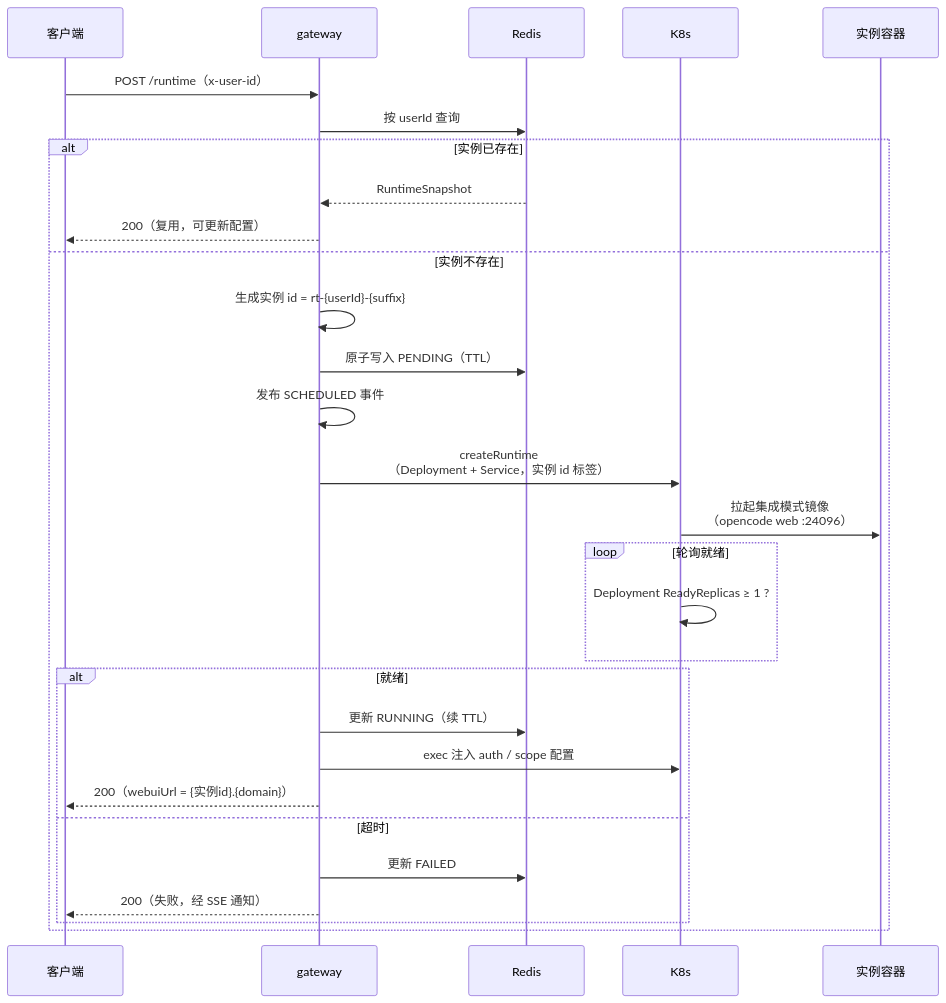
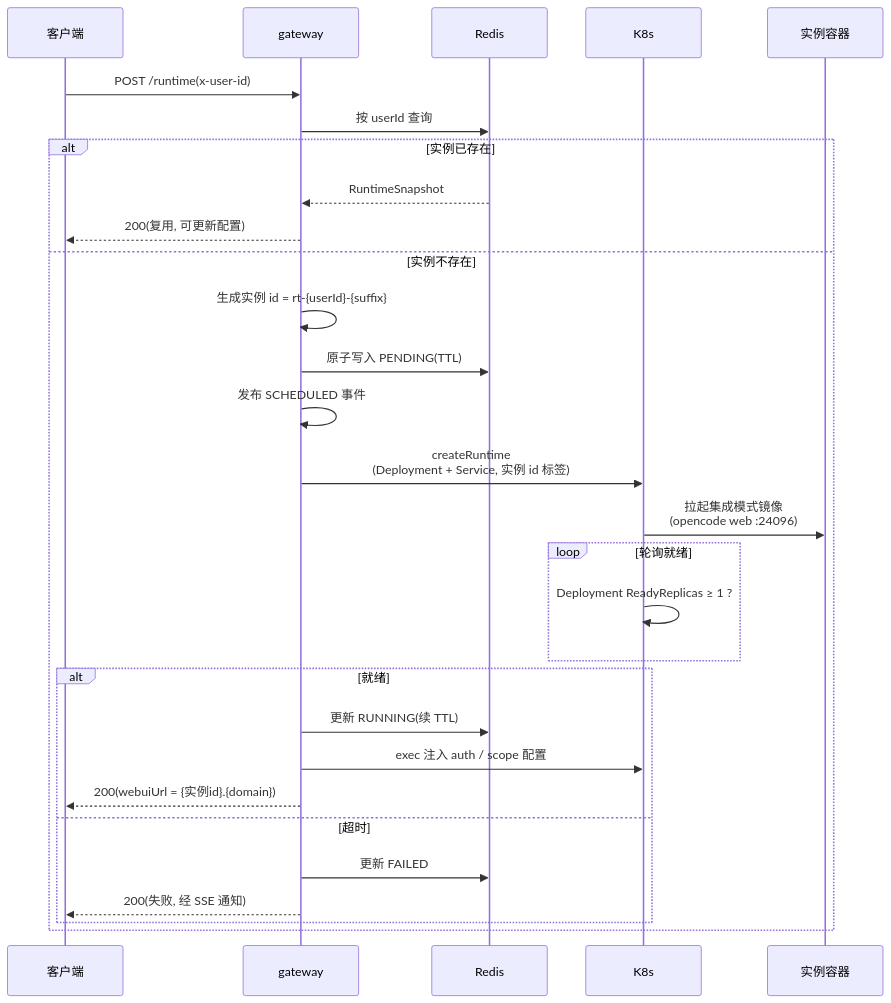
The fifth of 7 diagrams in docs/AI 工作台总体架构设计.md (weizuxiao911/magicbook), drawn with Mermaid before and after one commit. The commit also changed other lines of this file and 5 other files, not shown here.

````diff
--- a/docs/AI 工作台总体架构设计.md
+++ b/docs/AI 工作台总体架构设计.md
@@ -205,32 +395,32 @@
 ```mermaid
 sequenceDiagram
     participant C as 客户端
     participant G as gateway
     participant R as Redis
     participant K as K8s
     participant P as 实例容器
 
-    C->>G: POST /runtime（x-user-id）
+    C->>G: POST /runtime(x-user-id)
     G->>R: 按 userId 查询
     alt 实例已存在
         R-->>G: RuntimeSnapshot
-        G-->>C: 200（复用，可更新配置）
+        G-->>C: 200(复用, 可更新配置)
     else 实例不存在
         G->>G: 生成实例 id = rt-{userId}-{suffix}
-        G->>R: 原子写入 PENDING（TTL）
+        G->>R: 原子写入 PENDING(TTL)
         G->>G: 发布 SCHEDULED 事件
-        G->>K: createRuntime<br/>（Deployment + Service，实例 id 标签）
-        K->>P: 拉起集成模式镜像<br/>（opencode web :24096）
+        G->>K: createRuntime<br/>(Deployment + Service, 实例 id 标签)
+        K->>P: 拉起集成模式镜像<br/>(opencode web :24096)
         loop 轮询就绪
             K->>K: Deployment ReadyReplicas ≥ 1 ?
         end
         alt 就绪
-            G->>R: 更新 RUNNING（续 TTL）
+            G->>R: 更新 RUNNING(续 TTL)
             G->>K: exec 注入 auth / scope 配置
-            G-->>C: 200（webuiUrl = {实例id}.{domain}）
+            G-->>C: 200(webuiUrl = {实例id}.{domain})
         else 超时
             G->>R: 更新 FAILED
-            G-->>C: 200（失败，经 SSE 通知）
+            G-->>C: 200(失败, 经 SSE 通知)
         end
     end
 ```
````
